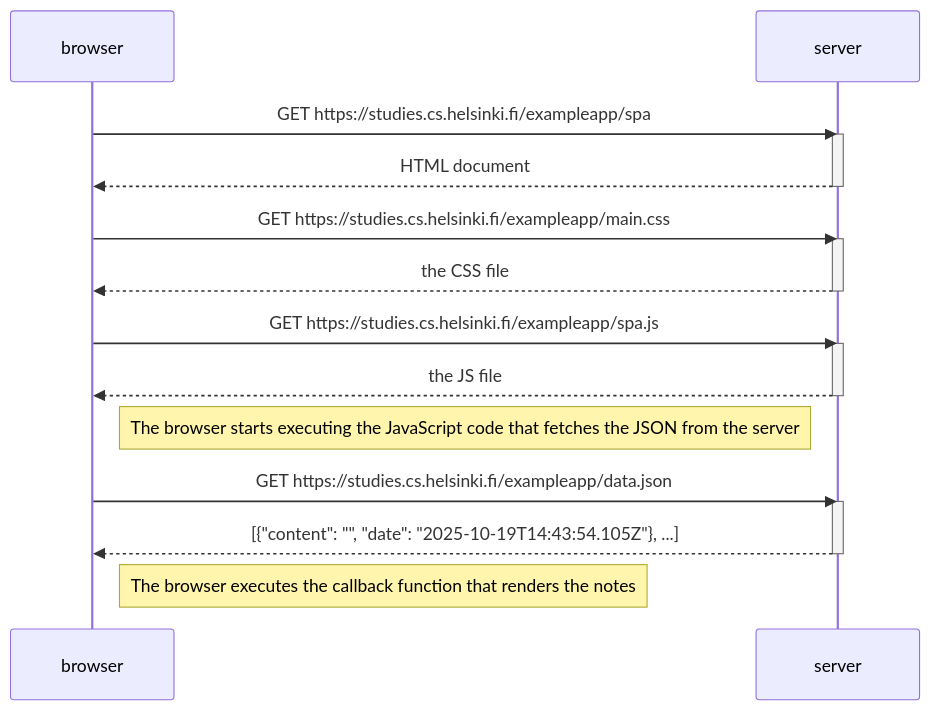
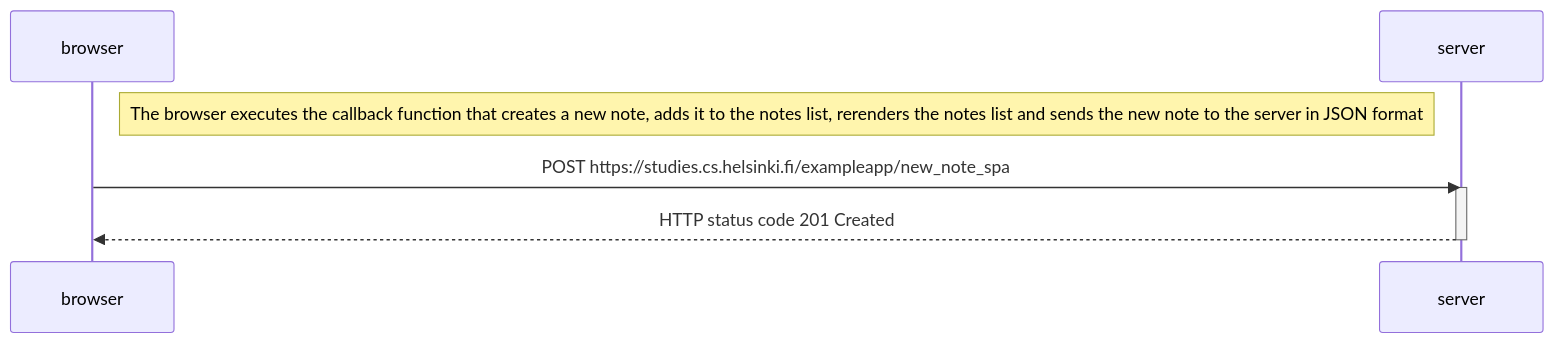
The diagram in part0/new note in single page app diagram/e-0_6.md (nati-friedman/part3-phonebook-backend), drawn with Mermaid before and after one commit.

Commit message:
polished diagram

````diff
--- a/part0/new note in single page app diagram/e-0_6.md
+++ b/part0/new note in single page app diagram/e-0_6.md
@@ -1,29 +1,12 @@
 ```mermaid
 sequenceDiagram
     participant browser
     participant server
 
-    browser->>server: GET https://studies.cs.helsinki.fi/exampleapp/spa
+    Note right of browser: The browser executes the callback function that creates a new note, adds it to the notes list, rerenders the notes list and sends the new note to the server in JSON format
+
+    browser->>server: POST https://studies.cs.helsinki.fi/exampleapp/new_note_spa
     activate server
-    server-->>browser: HTML document
+    server-->>browser: HTTP status code 201 Created
     deactivate server
-
-    browser->>server: GET https://studies.cs.helsinki.fi/exampleapp/main.css
-    activate server
-    server-->>browser: the CSS file
-    deactivate server
-
-    browser->>server: GET https://studies.cs.helsinki.fi/exampleapp/spa.js
-    activate server
-    server-->>browser: the JS file
-    deactivate server
-
-    Note right of browser: The browser starts executing the JavaScript code that fetches the JSON from the server
-
-    browser->>server: GET https://studies.cs.helsinki.fi/exampleapp/data.json
-    activate server
-    server-->>browser: [{"content": "", "date": "2025-10-19T14:43:54.105Z"}, ...]
-    deactivate server
-
-    Note right of browser: The browser executes the callback function that renders the notes
 ```
````
